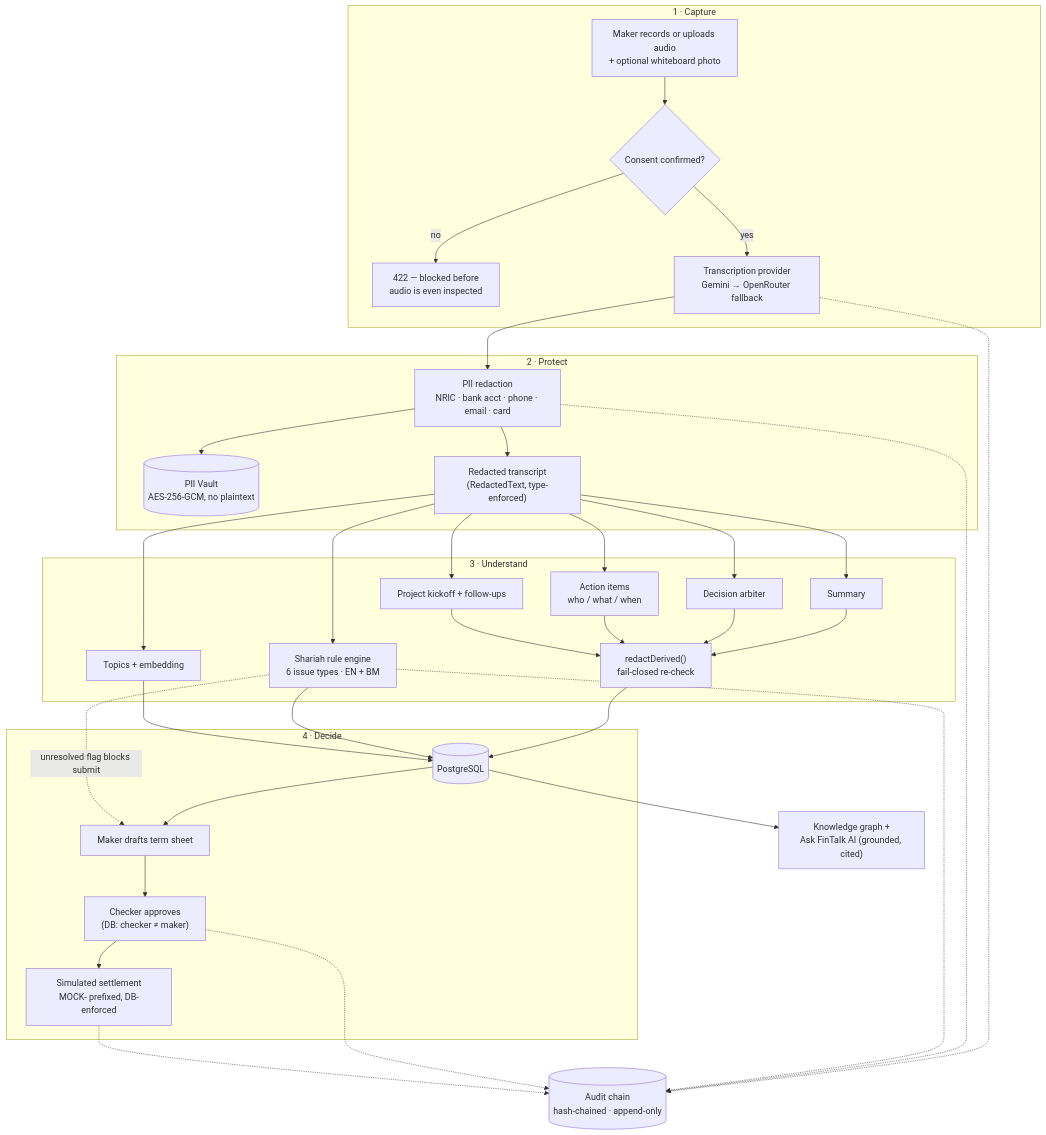
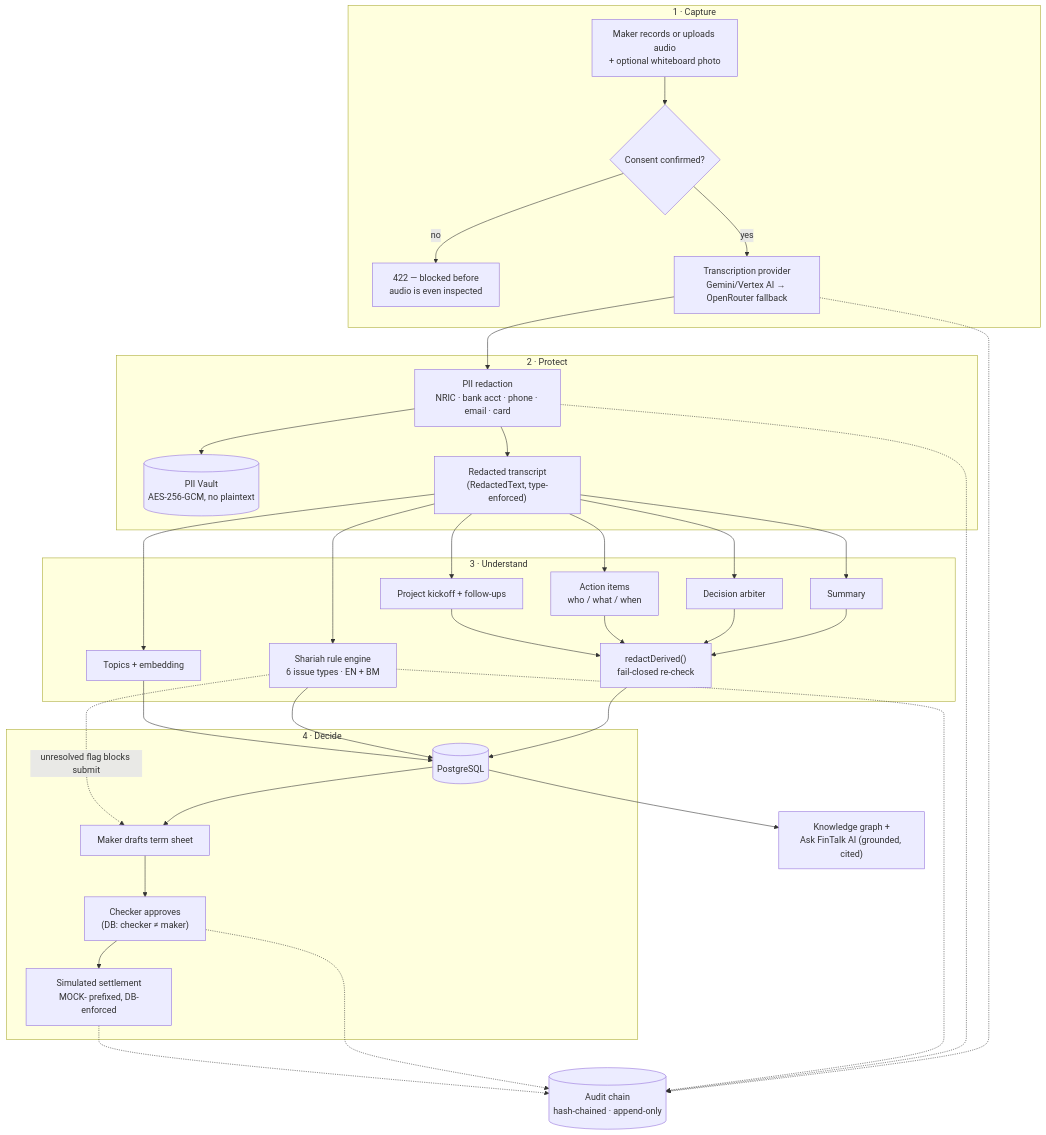
The diagram in README.md (SkyLee310/FinTalk-AI), drawn with Mermaid before and after one commit. The commit also changed other lines of this file, not shown here.

First line of the commit message:
docs: correct README to reflect Gemini/Vertex AI dual auth mode

````diff
--- a/README.md
+++ b/README.md
@@ -103,42 +103,42 @@
 ```mermaid
 flowchart TD
     subgraph Capture["1 · Capture"]
         A["Maker records or uploads audio<br/>+ optional whiteboard photo"] --> B{"Consent confirmed?"}
         B -- "no" --> B1["422 — blocked before<br/>audio is even inspected"]
-        B -- "yes" --> C["Transcription provider<br/>Gemini → OpenRouter fallback"]
+        B -- "yes" --> C["Transcription provider<br/>Gemini/Vertex AI → OpenRouter fallback"]
     end
 
     subgraph Protect["2 · Protect"]
         C --> D["PII redaction<br/>NRIC · bank acct · phone · email · card"]
         D --> V[("PII Vault<br/>AES-256-GCM, no plaintext")]
         D --> F["Redacted transcript<br/>(RedactedText, type-enforced)"]
     end
 
     subgraph Understand["3 · Understand"]
         F --> G["Summary"]
         F --> H["Shariah rule engine<br/>6 issue types · EN + BM"]
         F --> I["Decision arbiter"]
         F --> J["Action items<br/>who / what / when"]
         F --> K["Project kickoff + follow-ups"]
         F --> L["Topics + embedding"]
         G & I & J & K --> M["redactDerived()<br/>fail-closed re-check"]
     end
 
     M --> N[("PostgreSQL")]
     H --> N
     L --> N
 
     subgraph Decide["4 · Decide"]
         N --> Q["Maker drafts term sheet"]
         H -. "unresolved flag blocks submit" .-> Q
         Q --> R["Checker approves<br/>(DB: checker ≠ maker)"]
         R --> S["Simulated settlement<br/>MOCK- prefixed, DB-enforced"]
     end
 
     N --> T["Knowledge graph +<br/>Ask FinTalk AI (grounded, cited)"]
     C -.-> U[("Audit chain<br/>hash-chained · append-only")]
     D -.-> U
     H -.-> U
     R -.-> U
     S -.-> U
 ```
````
